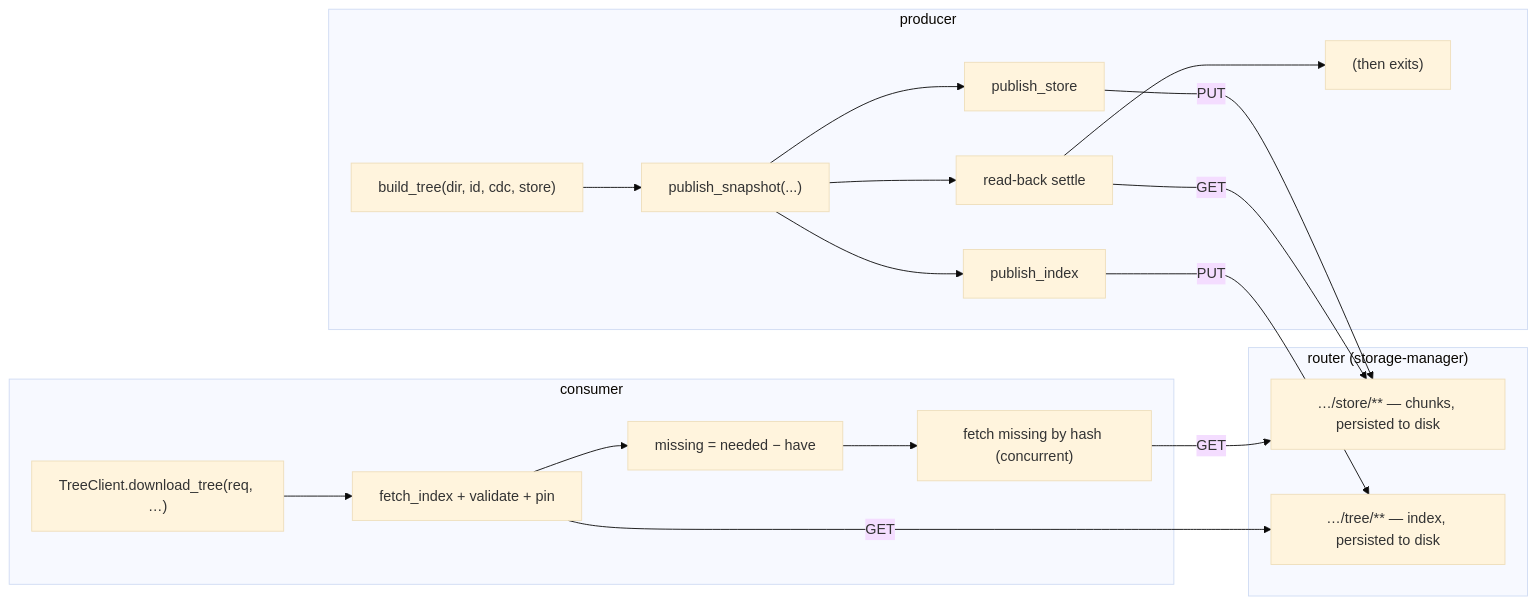
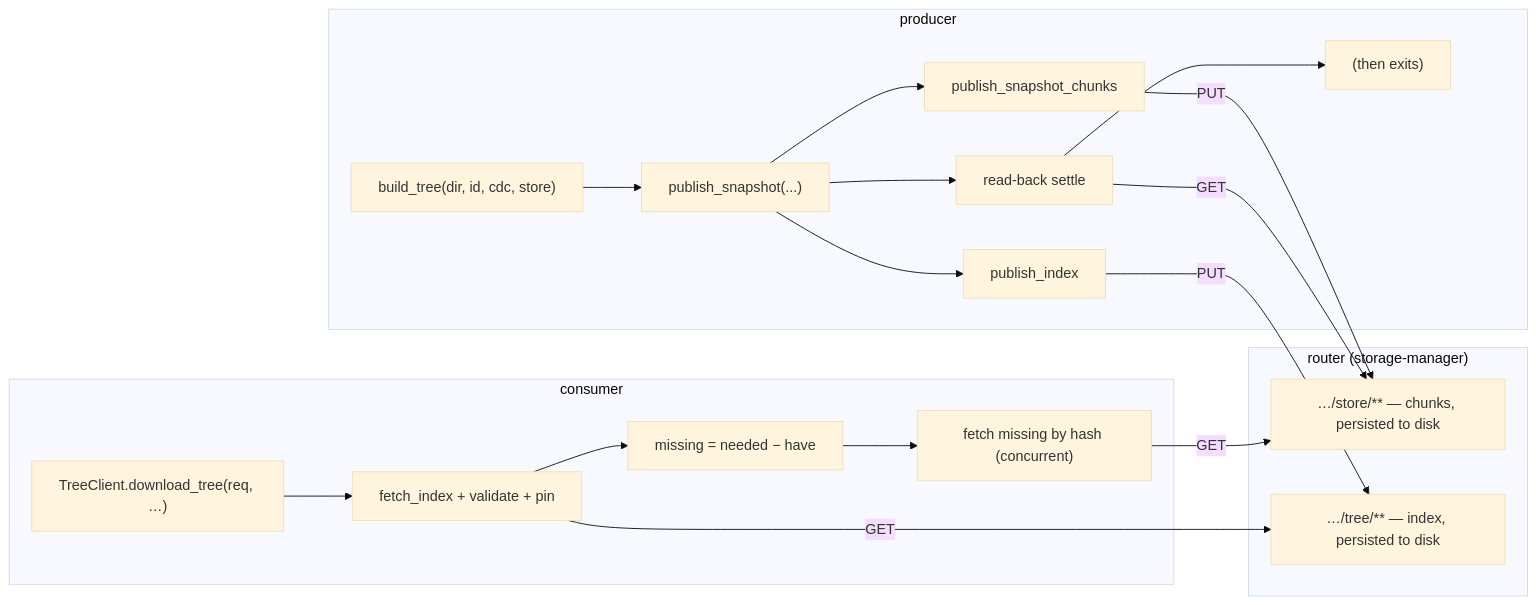
Before and after one commit to p13marc/zblob: the diagram in docs/router-storage.md, drawn with Mermaid (base theme). The commit also changed other lines of this file and 4 other files, not shown here.

First line of the commit message:
fix(publish)!: stop silently dropping chunks, and publish the snapshot

````diff
--- a/docs/router-storage.md
+++ b/docs/router-storage.md
@@ -36,27 +43,27 @@
 ```mermaid
 flowchart LR
     subgraph Producer["producer"]
         BT["build_tree(dir, id, cdc, store)"] --> PS["publish_snapshot(...)"]
-        PS --> PC["publish_store"]
+        PS --> PC["publish_snapshot_chunks"]
         PS --> PI["publish_index"]
         PS --> RB["read-back settle"]
         RB --> EX["(then exits)"]
     end
 
     subgraph Storage["router (storage-manager)"]
         ST["…/store/** — chunks, persisted to disk"]
         TR["…/tree/** — index, persisted to disk"]
     end
 
     subgraph Consumer["consumer"]
         DT["TreeClient.download_tree(req, …)"] --> FI["fetch_index + validate + pin"]
         FI --> MI["missing = needed − have"]
         MI --> FE["fetch missing by hash (concurrent)"]
     end
 
     PC -->|"PUT"| ST
     PI -->|"PUT"| TR
     RB -->|"GET"| ST
     FI -->|"GET"| TR
     FE -->|"GET"| ST
 ```
````
